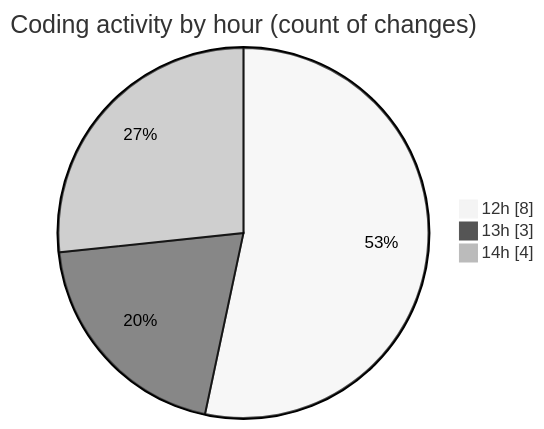
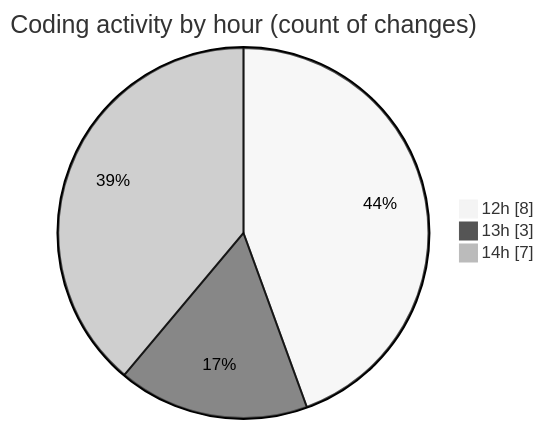
One commit to nxtqubesakshisongat/code-tracking changed the second of 2 diagrams in 2025-08-08/nxtqube_webapp/README.md. Above: the diagram before and after it, drawn with Mermaid (neutral theme). The commit also changed other lines of this file and 1 other file, not shown here.

````diff
--- a/2025-08-08/nxtqube_webapp/README.md
+++ b/2025-08-08/nxtqube_webapp/README.md
@@ -30,7 +31,7 @@
 ```mermaid
 pie showData
 title Coding activity by hour (count of changes)
 "12h" : 8
 "13h" : 3
-"14h" : 4
+"14h" : 7
 ```
````
